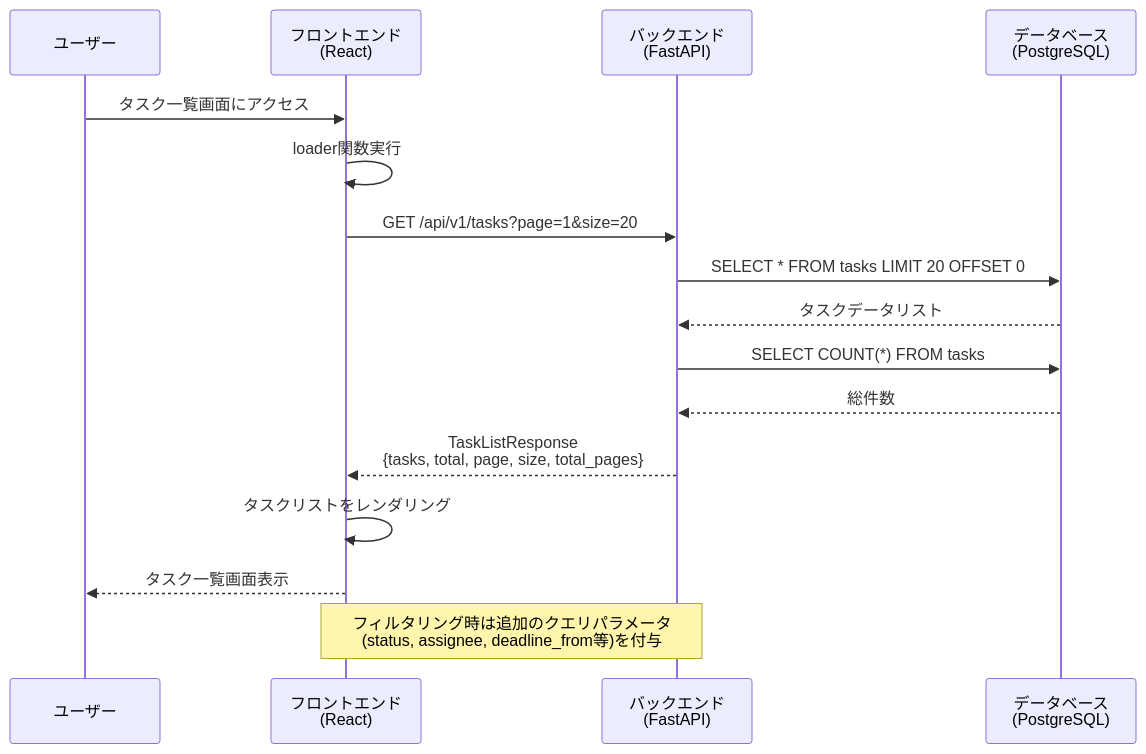
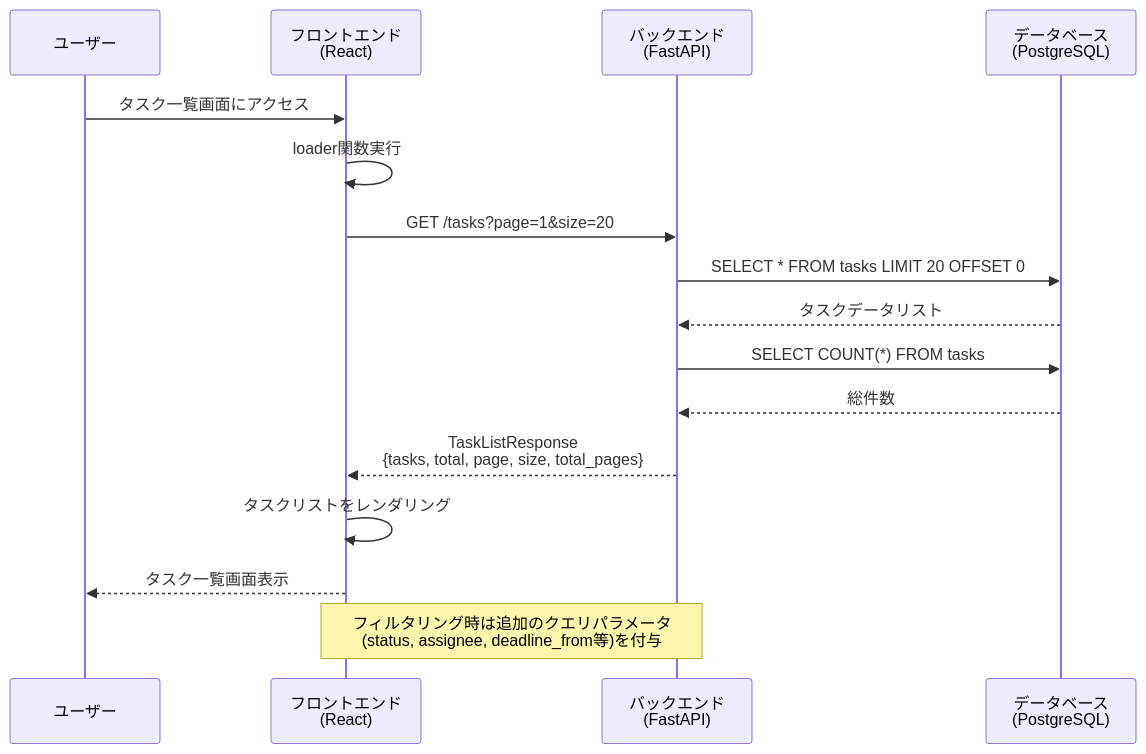
Before and after one commit to dbd-fish/claude-code_task-system: the first of 7 diagrams in doc/基本設計/シーケンス図.md, drawn with Mermaid. The commit also changed other lines of this file and 37 other files, not shown here.

````diff
--- a/doc/基本設計/シーケンス図.md
+++ b/doc/基本設計/シーケンス図.md
@@ -8,20 +8,20 @@
 ```mermaid
 sequenceDiagram
     participant U as ユーザー
     participant F as フロントエンド<br/>(React)
     participant B as バックエンド<br/>(FastAPI)
     participant D as データベース<br/>(PostgreSQL)
 
     U->>F: タスク一覧画面にアクセス
     F->>F: loader関数実行
-    F->>B: GET /api/v1/tasks?page=1&size=20
+    F->>B: GET /tasks?page=1&size=20
     B->>D: SELECT * FROM tasks LIMIT 20 OFFSET 0
     D-->>B: タスクデータリスト
     B->>D: SELECT COUNT(*) FROM tasks
     D-->>B: 総件数
     B-->>F: TaskListResponse<br/>{tasks, total, page, size, total_pages}
     F->>F: タスクリストをレンダリング
     F-->>U: タスク一覧画面表示
     
     Note over F,B: フィルタリング時は追加のクエリパラメータ<br/>(status, assignee, deadline_from等)を付与
 ```
````
